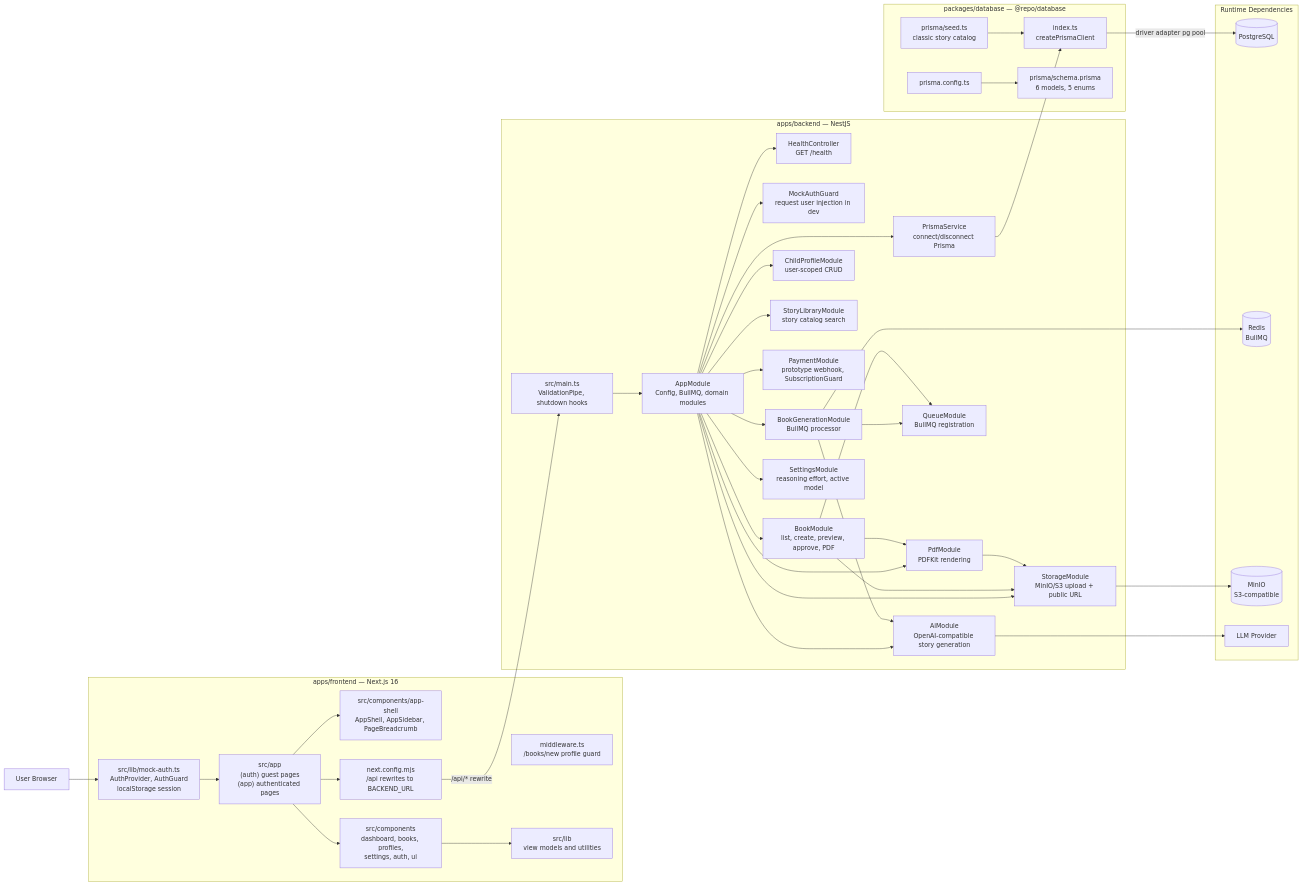
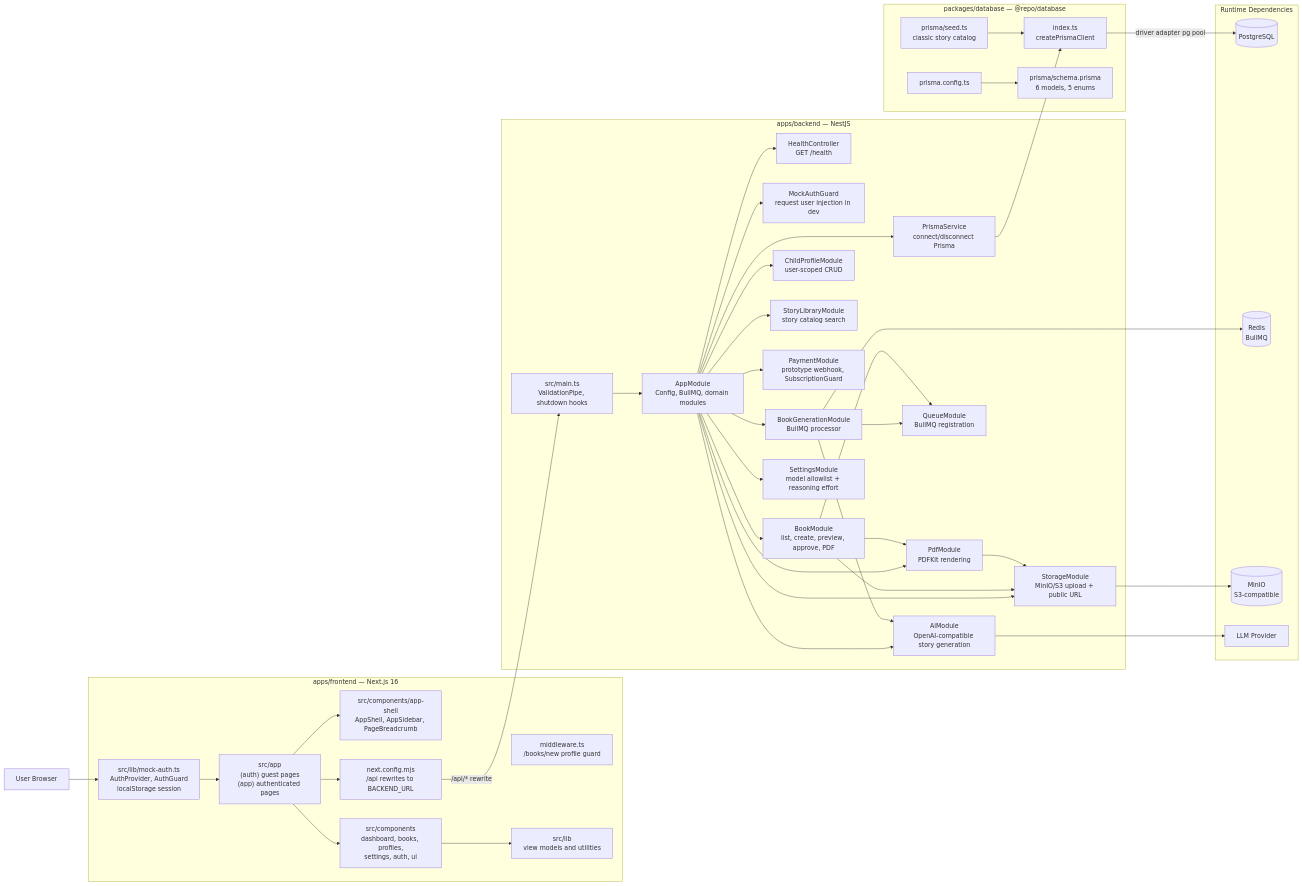
One commit to frontsideman/aibook changed the first of 3 diagrams in docs/architecture/project-directories.mmd.md. Above: the diagram before and after it, drawn with Mermaid. The commit also changed other lines of this file and 11 other files, not shown here.

````diff
--- a/docs/architecture/project-directories.mmd.md
+++ b/docs/architecture/project-directories.mmd.md
@@ -11,82 +11,82 @@
 ```mermaid
 flowchart LR
     Browser["User Browser"]
 
     subgraph Frontend["apps/frontend — Next.js 16"]
         Middleware["middleware.ts<br/>/books/new profile guard"]
         AuthSystem["src/lib/mock-auth.ts<br/>AuthProvider, AuthGuard<br/>localStorage session"]
         RouteGroups["src/app<br/>(auth) guest pages<br/>(app) authenticated pages"]
         AppShell["src/components/app-shell<br/>AppShell, AppSidebar, PageBreadcrumb"]
         UIComponents["src/components<br/>dashboard, books, profiles,<br/>settings, auth, ui"]
         FrontendLib["src/lib<br/>view models and utilities"]
         NextConfig["next.config.mjs<br/>/api rewrites to BACKEND_URL"]
     end
 
     subgraph Backend["apps/backend — NestJS"]
         Main["src/main.ts<br/>ValidationPipe, shutdown hooks"]
         AppModule["AppModule<br/>Config, BullMQ, domain modules"]
         Health["HealthController<br/>GET /health"]
         Auth["MockAuthGuard<br/>request user injection in dev"]
         BookModule["BookModule<br/>list, create, preview, approve, PDF"]
         ChildProfileModule["ChildProfileModule<br/>user-scoped CRUD"]
         StoryLibraryModule["StoryLibraryModule<br/>story catalog search"]
         PaymentModule["PaymentModule<br/>prototype webhook, SubscriptionGuard"]
         GenerationModule["BookGenerationModule<br/>BullMQ processor"]
         AiModule["AiModule<br/>OpenAI-compatible story generation"]
         PdfModule["PdfModule<br/>PDFKit rendering"]
         StorageModule["StorageModule<br/>MinIO/S3 upload + public URL"]
         QueueModule["QueueModule<br/>BullMQ registration"]
-        SettingsModule["SettingsModule<br/>reasoning effort, active model"]
+        SettingsModule["SettingsModule<br/>model allowlist + reasoning effort"]
         PrismaService["PrismaService<br/>connect/disconnect Prisma"]
     end
 
     subgraph DatabasePackage["packages/database — @repo/database"]
         PrismaFactory["index.ts<br/>createPrismaClient"]
         PrismaSchema["prisma/schema.prisma<br/>6 models, 5 enums"]
         Seed["prisma/seed.ts<br/>classic story catalog"]
         PrismaConfig["prisma.config.ts"]
     end
 
     subgraph External["Runtime Dependencies"]
         Postgres[("PostgreSQL")]
         Redis[("Redis<br/>BullMQ")]
         Minio[("MinIO<br/>S3-compatible")]
         AIProvider["LLM Provider"]
     end
 
     Browser --> AuthSystem
     AuthSystem --> RouteGroups
     RouteGroups --> AppShell
     RouteGroups --> UIComponents
     UIComponents --> FrontendLib
     RouteGroups --> NextConfig
     NextConfig -->|"/api/* rewrite"| Main
 
     Main --> AppModule
     AppModule --> Health
     AppModule --> Auth
     AppModule --> BookModule
     AppModule --> ChildProfileModule
     AppModule --> StoryLibraryModule
     AppModule --> PaymentModule
     AppModule --> GenerationModule
     AppModule --> AiModule
     AppModule --> PdfModule
     AppModule --> StorageModule
     AppModule --> SettingsModule
     AppModule --> PrismaService
     GenerationModule --> QueueModule
     GenerationModule --> Redis
     GenerationModule --> AiModule
     BookModule --> PdfModule
     BookModule --> StorageModule
     BookModule --> QueueModule
     PdfModule --> StorageModule
     StorageModule --> Minio
     AiModule --> AIProvider
 
     PrismaService --> PrismaFactory
     PrismaFactory -->|driver adapter pg pool| Postgres
     PrismaConfig --> PrismaSchema
     Seed --> PrismaFactory
 ```
````
